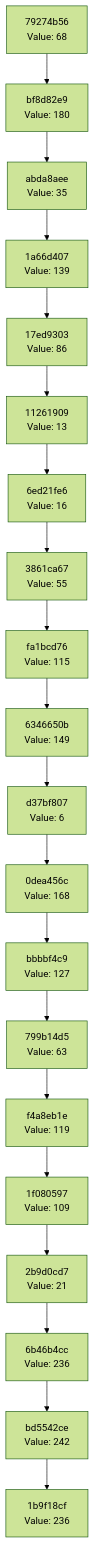
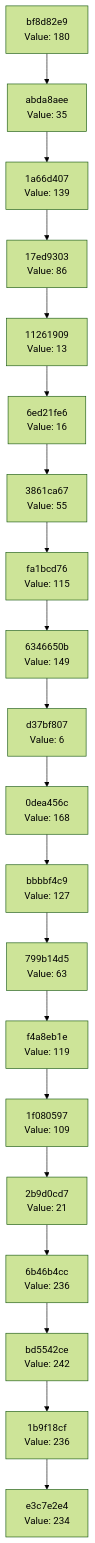
Before and after one commit to Abhisheksinha1506/hash-chain-evolver: the diagram in docs/CHAIN_VISUALIZATION.md, drawn with Mermaid (forest theme). The commit also changed 2 other files, not shown here.

Commit message:
Evolution Step

````diff
--- a/docs/CHAIN_VISUALIZATION.md
+++ b/docs/CHAIN_VISUALIZATION.md
@@ -3,42 +3,42 @@
 ```mermaid
 graph TD
-    C0["1b9f18cf<br/>Value: 236"]
-    C1["bd5542ce<br/>Value: 242"]
+    C0["e3c7e2e4<br/>Value: 234"]
+    C1["1b9f18cf<br/>Value: 236"]
     C1 --> C0
-    C2["6b46b4cc<br/>Value: 236"]
+    C2["bd5542ce<br/>Value: 242"]
     C2 --> C1
-    C3["2b9d0cd7<br/>Value: 21"]
+    C3["6b46b4cc<br/>Value: 236"]
     C3 --> C2
-    C4["1f080597<br/>Value: 109"]
+    C4["2b9d0cd7<br/>Value: 21"]
     C4 --> C3
-    C5["f4a8eb1e<br/>Value: 119"]
+    C5["1f080597<br/>Value: 109"]
     C5 --> C4
-    C6["799b14d5<br/>Value: 63"]
+    C6["f4a8eb1e<br/>Value: 119"]
     C6 --> C5
-    C7["bbbbf4c9<br/>Value: 127"]
+    C7["799b14d5<br/>Value: 63"]
     C7 --> C6
-    C8["0dea456c<br/>Value: 168"]
+    C8["bbbbf4c9<br/>Value: 127"]
     C8 --> C7
-    C9["d37bf807<br/>Value: 6"]
+    C9["0dea456c<br/>Value: 168"]
     C9 --> C8
-    C10["6346650b<br/>Value: 149"]
+    C10["d37bf807<br/>Value: 6"]
     C10 --> C9
-    C11["fa1bcd76<br/>Value: 115"]
+    C11["6346650b<br/>Value: 149"]
     C11 --> C10
-    C12["3861ca67<br/>Value: 55"]
+    C12["fa1bcd76<br/>Value: 115"]
     C12 --> C11
-    C13["6ed21fe6<br/>Value: 16"]
+    C13["3861ca67<br/>Value: 55"]
     C13 --> C12
-    C14["11261909<br/>Value: 13"]
+    C14["6ed21fe6<br/>Value: 16"]
     C14 --> C13
-    C15["17ed9303<br/>Value: 86"]
+    C15["11261909<br/>Value: 13"]
     C15 --> C14
-    C16["1a66d407<br/>Value: 139"]
+    C16["17ed9303<br/>Value: 86"]
     C16 --> C15
-    C17["abda8aee<br/>Value: 35"]
+    C17["1a66d407<br/>Value: 139"]
     C17 --> C16
-    C18["bf8d82e9<br/>Value: 180"]
+    C18["abda8aee<br/>Value: 35"]
     C18 --> C17
-    C19["79274b56<br/>Value: 68"]
+    C19["bf8d82e9<br/>Value: 180"]
     C19 --> C18
 ```
````
